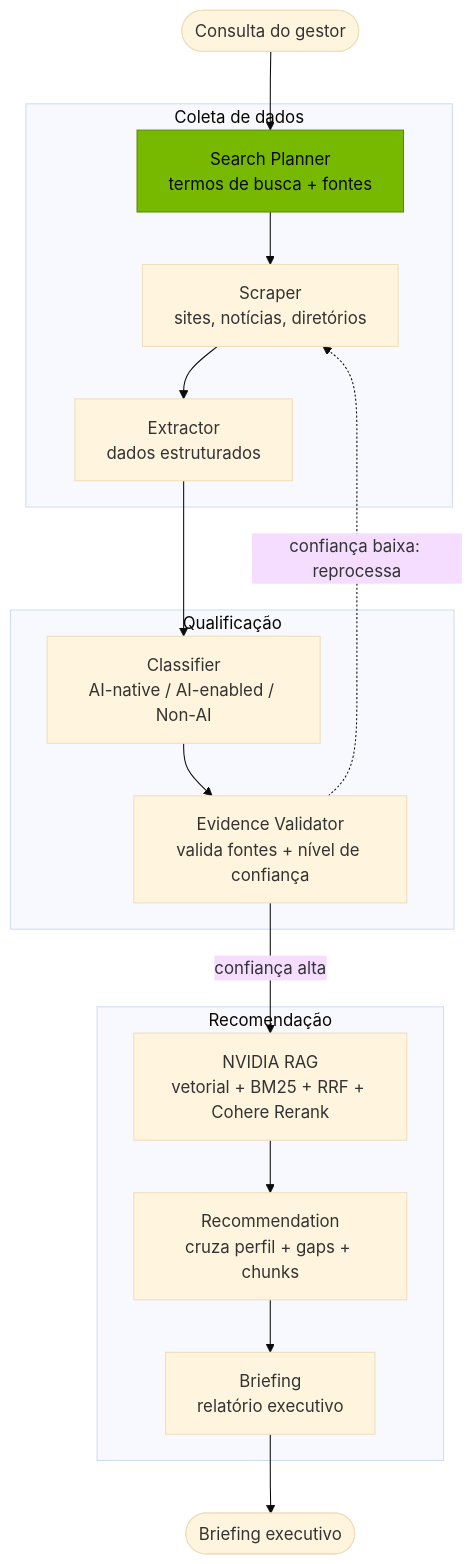
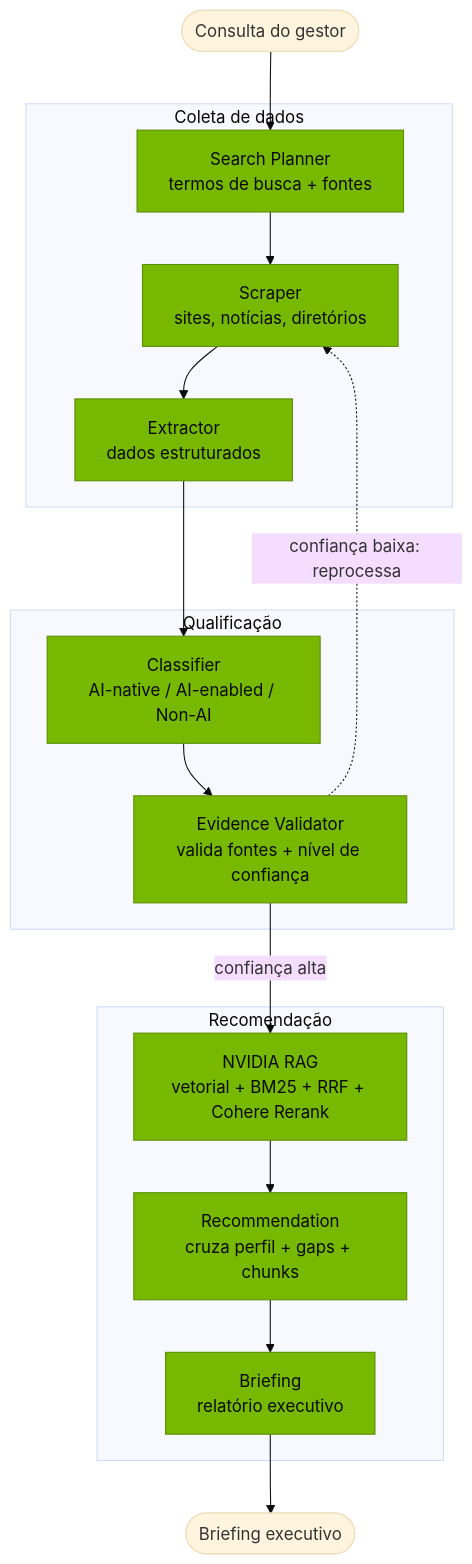
One commit to pesiqueiraa/projeto-nvidia changed the diagram in README.md. Above: the diagram before and after it, drawn with Mermaid (base theme). The commit also changed other lines of this file and 1 other file, not shown here.

````diff
--- a/README.md
+++ b/README.md
@@ -18,27 +24,27 @@
 ```mermaid
 flowchart TD
     Q([Consulta do gestor]) --> SP[Search Planner<br/>termos de busca + fontes]
 
     subgraph coleta [Coleta de dados]
         SP --> SC[Scraper<br/>sites, notícias, diretórios]
         SC --> EX[Extractor<br/>dados estruturados]
     end
 
     subgraph qualificacao [Qualificação]
         EX --> CL[Classifier<br/>AI-native / AI-enabled / Non-AI]
         CL --> EV[Evidence Validator<br/>valida fontes + nível de confiança]
     end
 
     subgraph recomendacao [Recomendação]
         RAG[NVIDIA RAG<br/>vetorial + BM25 + RRF + Cohere Rerank]
         RAG --> RE[Recommendation<br/>cruza perfil + gaps + chunks]
         RE --> BR[Briefing<br/>relatório executivo]
     end
 
     EV -->|confiança alta| RAG
     EV -.->|confiança baixa: reprocessa| SC
     BR --> OUT([Briefing executivo])
 
     classDef done fill:#76b900,stroke:#5a8c00,color:#080a07;
-    class SP done;
+    class SP,SC,EX,CL,EV,RAG,RE,BR done;
 ```
````
